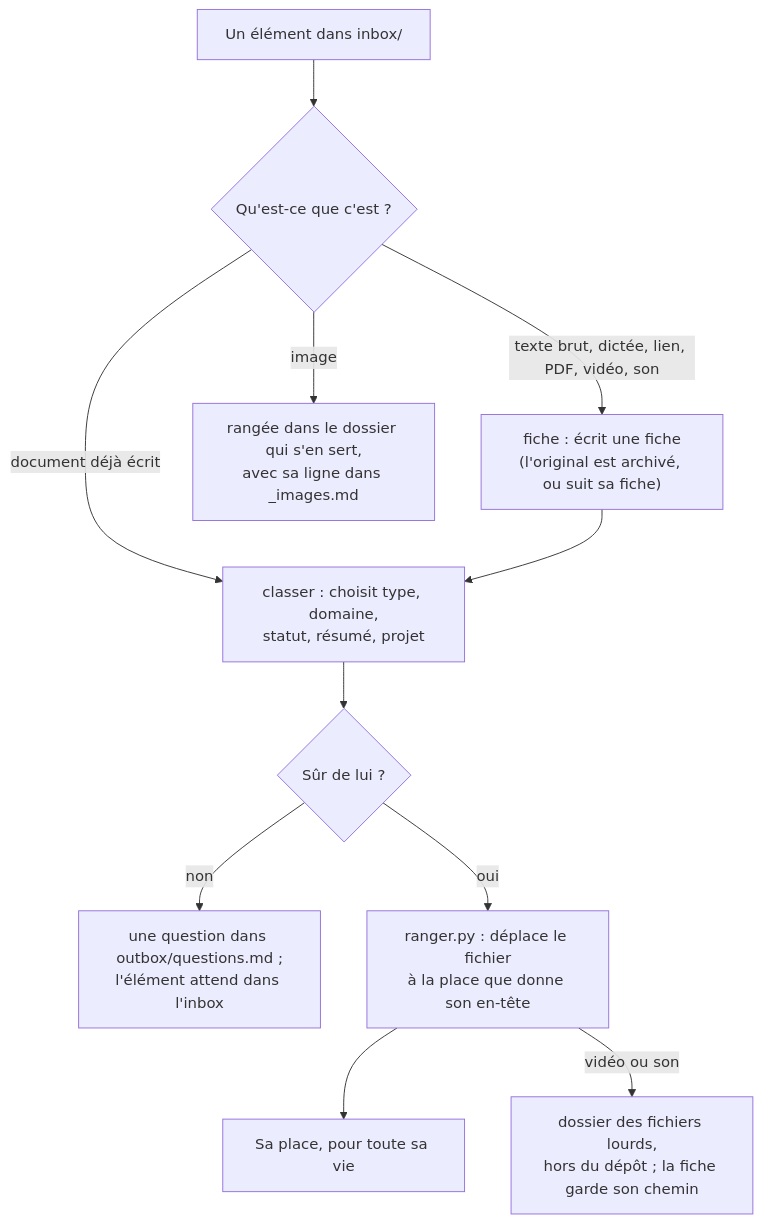
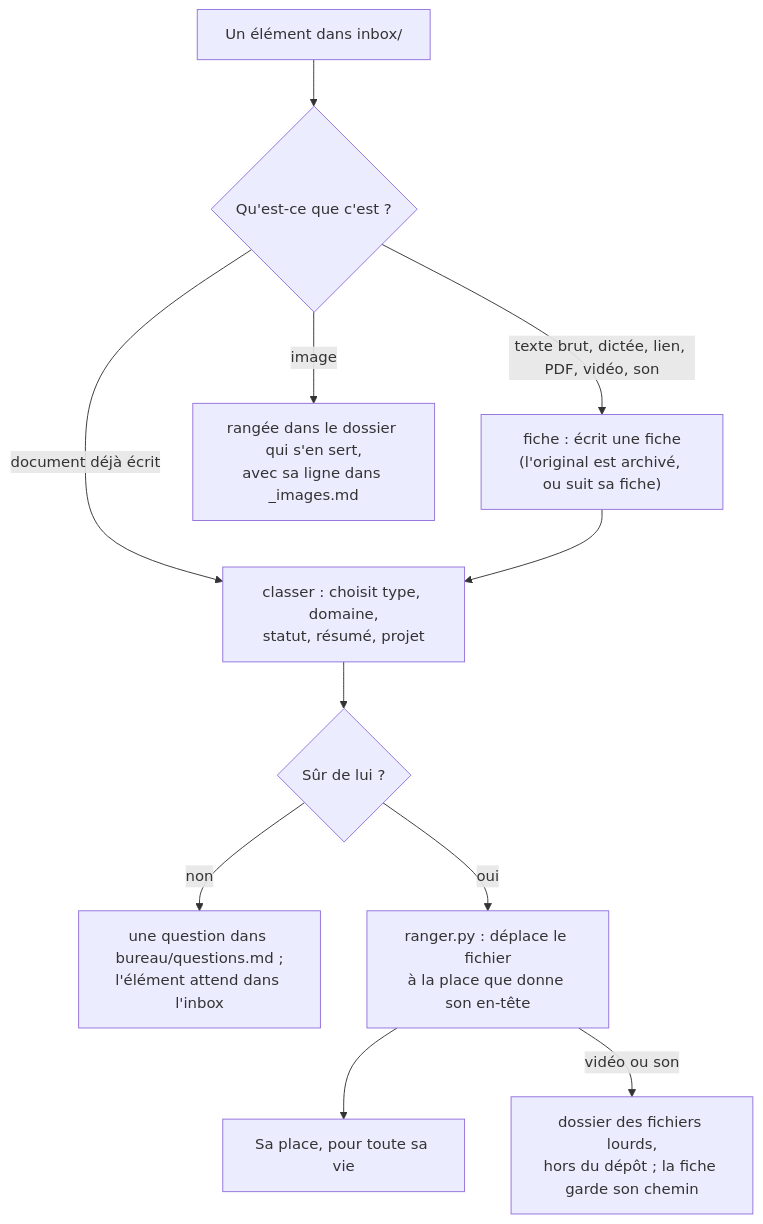
The second of 4 diagrams in docs/presentation.md (thomrichard/aios-V2), drawn with Mermaid before and after one commit. The commit also changed other lines of this file and 24 other files, not shown here.

First line of the commit message:
Le bureau : ce qui est en cours sort de l'outbox (#83)

````diff
--- a/docs/presentation.md
+++ b/docs/presentation.md
@@ -103,13 +105,13 @@
 ```mermaid
 flowchart TD
     A[Un élément dans inbox/] --> B{Qu'est-ce que c'est ?}
     B -- "texte brut, dictée, lien, PDF, vidéo, son" --> F["fiche : écrit une fiche<br/>(l'original est archivé, ou suit sa fiche)"]
     B -- "document déjà écrit" --> C
     B -- "image" --> I["rangée dans le dossier qui s'en sert,<br/>avec sa ligne dans _images.md"]
     F --> C["classer : choisit type, domaine,<br/>statut, résumé, projet"]
     C --> D{Sûr de lui ?}
-    D -- non --> Q["une question dans outbox/questions.md ;<br/>l'élément attend dans l'inbox"]
+    D -- non --> Q["une question dans bureau/questions.md ;<br/>l'élément attend dans l'inbox"]
     D -- oui --> R["ranger.py : déplace le fichier<br/>à la place que donne son en-tête"]
     R --> P[Sa place, pour toute sa vie]
     R -- "vidéo ou son" --> L["dossier des fichiers lourds,<br/>hors du dépôt ; la fiche garde son chemin"]
 ```
````
